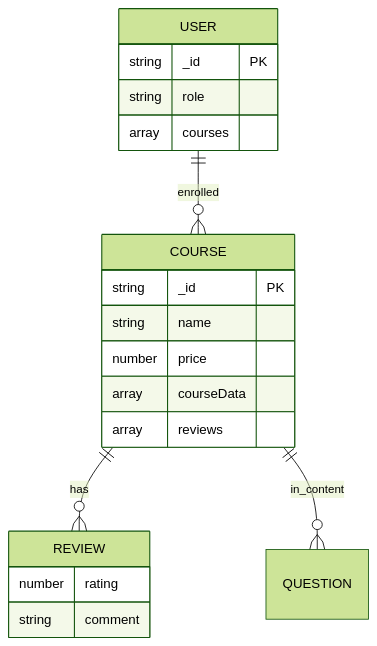
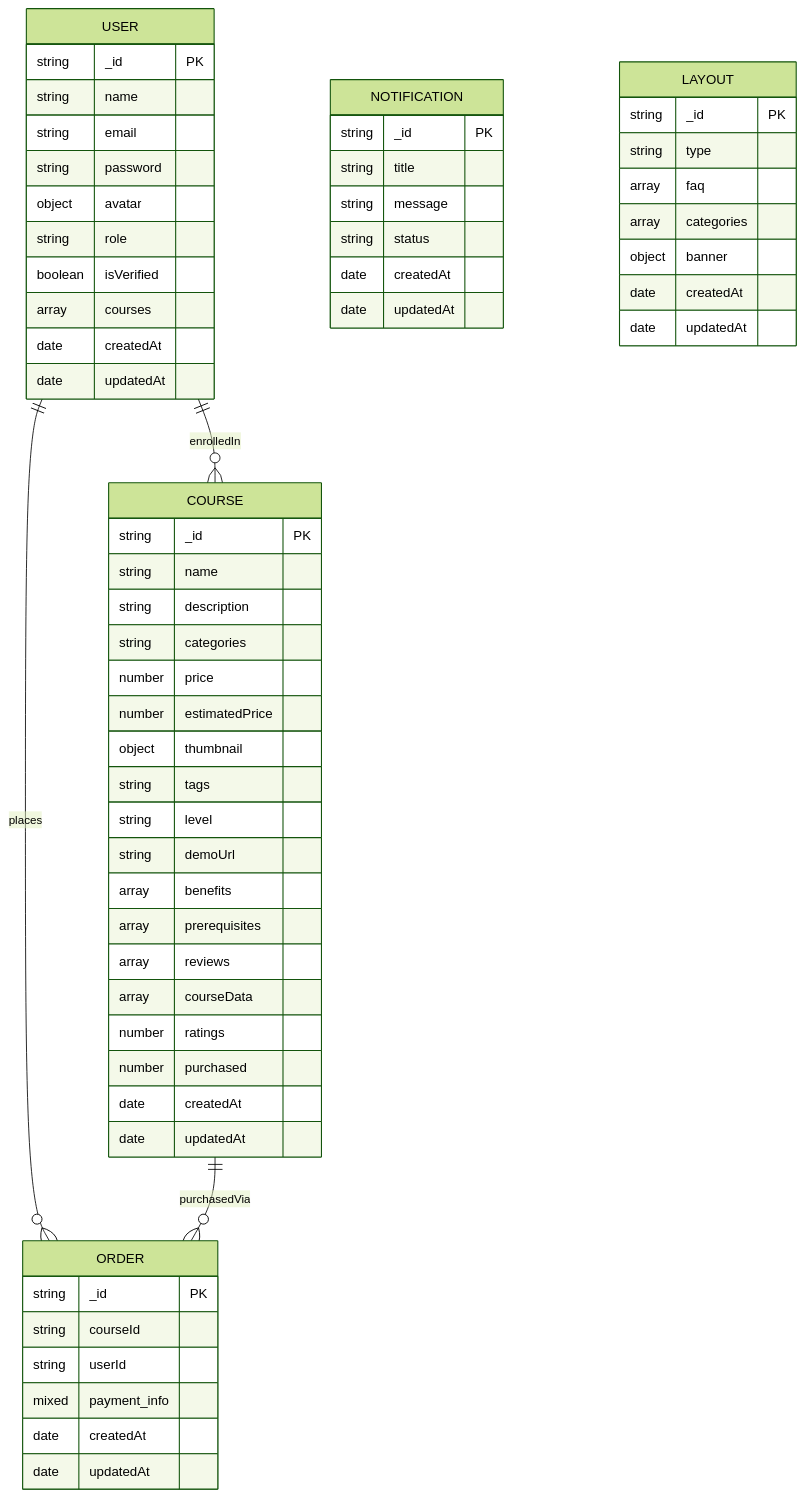
The second of 4 diagrams in README.md (Manahil-Afzal/ZYLO), drawn with Mermaid (forest theme) before and after one commit. The commit also changed other lines of this file and 4 other files, not shown here.

Commit message:
docs: restructure README with architecture diagrams and fix service/model imports

````diff
--- a/README.md
+++ b/README.md
@@ -55,22 +60,63 @@
 ```mermaid
 erDiagram
-  USER {
-    string _id PK
-    string role
-    array courses
-  }
-  COURSE {
-    string _id PK
-    string name
-    number price
-    array courseData
-    array reviews
-  }
-  USER ||--o{ COURSE : "enrolled"
-  COURSE ||--o{ REVIEW : "has"
-  COURSE ||--o{ QUESTION : "in_content"
-  REVIEW {
-    number rating
-    string comment
-  }
+    USER {
+        string _id PK
+        string name
+        string email
+        string password
+        object avatar
+        string role
+        boolean isVerified
+        array courses
+        date createdAt
+        date updatedAt
+    }
+    COURSE {
+        string _id PK
+        string name
+        string description
+        string categories
+        number price
+        number estimatedPrice
+        object thumbnail
+        string tags
+        string level
+        string demoUrl
+        array benefits
+        array prerequisites
+        array reviews
+        array courseData
+        number ratings
+        number purchased
+        date createdAt
+        date updatedAt
+    }
+    ORDER {
+        string _id PK
+        string courseId
+        string userId
+        mixed payment_info
+        date createdAt
+        date updatedAt
+    }
+    NOTIFICATION {
+        string _id PK
+        string title
+        string message
+        string status
+        date createdAt
+        date updatedAt
+    }
+    LAYOUT {
+        string _id PK
+        string type
+        array faq
+        array categories
+        object banner
+        date createdAt
+        date updatedAt
+    }
+    USER ||--o{ ORDER : places
+    USER ||--o{ COURSE : enrolledIn
+    COURSE ||--o{ ORDER : purchasedVia
 ```
````
